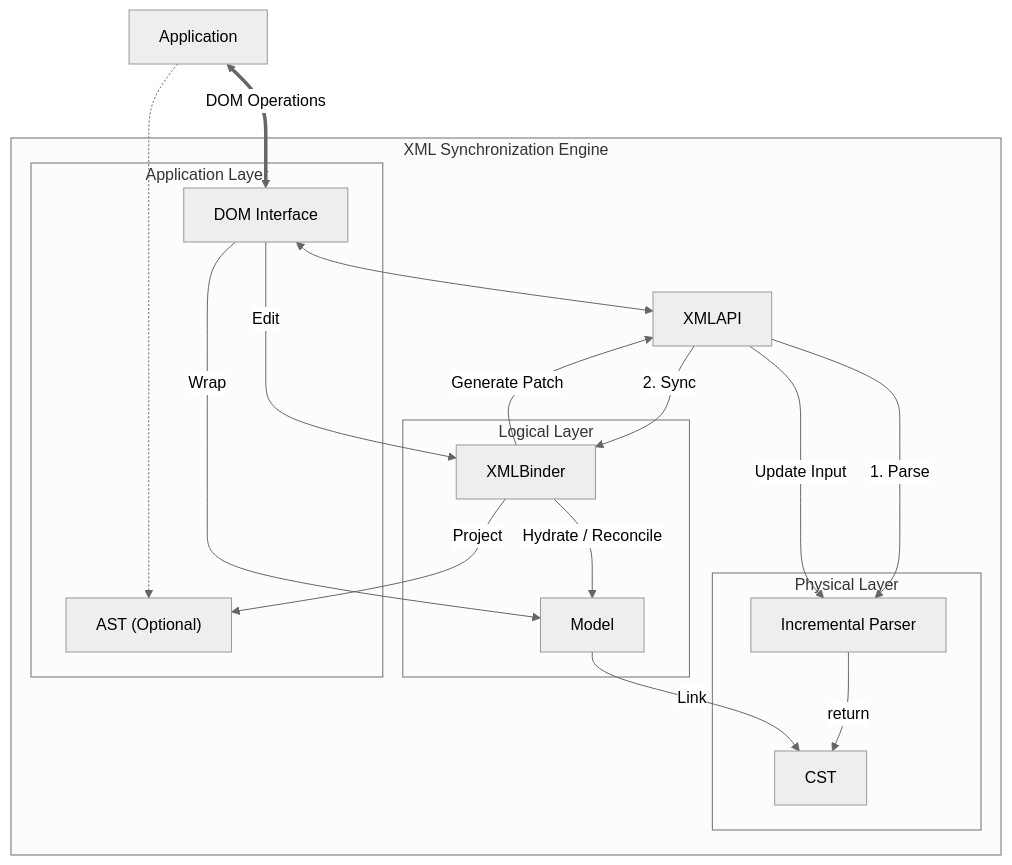
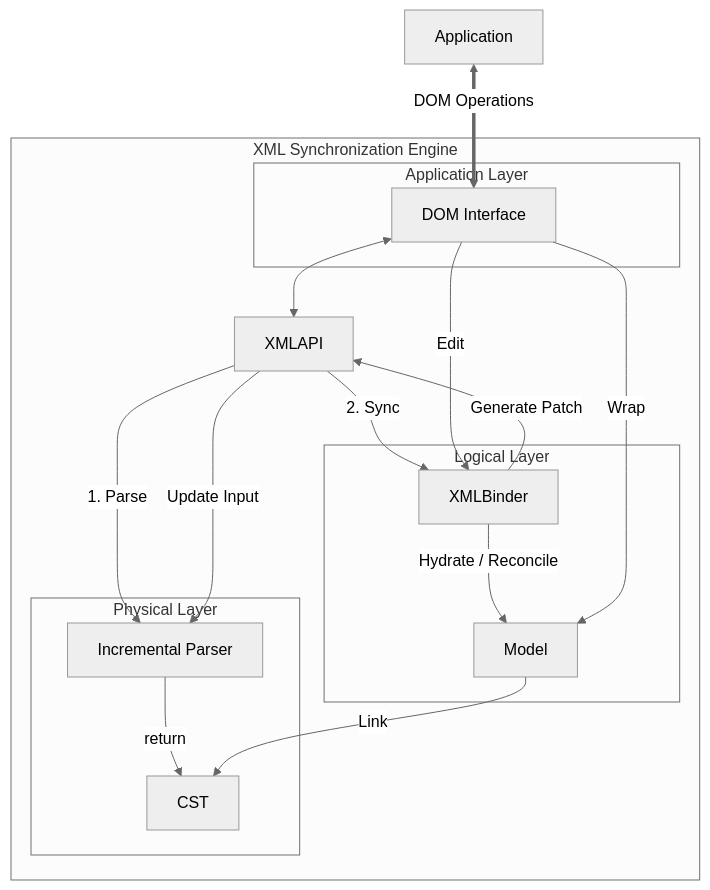
The diagram in docs/guide/core-concepts.md (KazuyaMiyashita/xml-api), drawn with Mermaid (neutral theme) before and after one commit. The commit also changed other lines of this file and 53 other files, not shown here.

````diff
--- a/docs/guide/core-concepts.md
+++ b/docs/guide/core-concepts.md
@@ -41,43 +38,40 @@
 ```mermaid
 graph TD
     User["Application"]
 
     subgraph "XML Synchronization Engine"
         Mediator["XMLAPI"]
 
         subgraph "Physical Layer"
             Parser["Incremental Parser"]
             CST["CST"]
         end
 
         subgraph "Logical Layer"
             Binder["XMLBinder"]
             Model["Model"]
         end
         
         subgraph "Application Layer"
             DOM["DOM Interface"]
-            AST["AST (Optional)"]
         end
     end
 
     %% Interaction
     User <==>|"DOM Operations"| DOM
     DOM <--> Mediator
-    User -.-> AST
 
     %% Internal Flows
     Mediator -- "1. Parse" --> Parser
     Parser -- "return" --> CST
     
     Mediator -- "2. Sync" --> Binder
     Binder -- "Hydrate / Reconcile" --> Model
     Model -- "Link" --> CST
     
-    Binder -- "Project" --> AST
     DOM -- "Wrap" --> Model
     
     DOM -- "Edit" --> Binder
     Binder -- "Generate Patch" --> Mediator
     Mediator -- "Update Input" --> Parser
 ```
````
